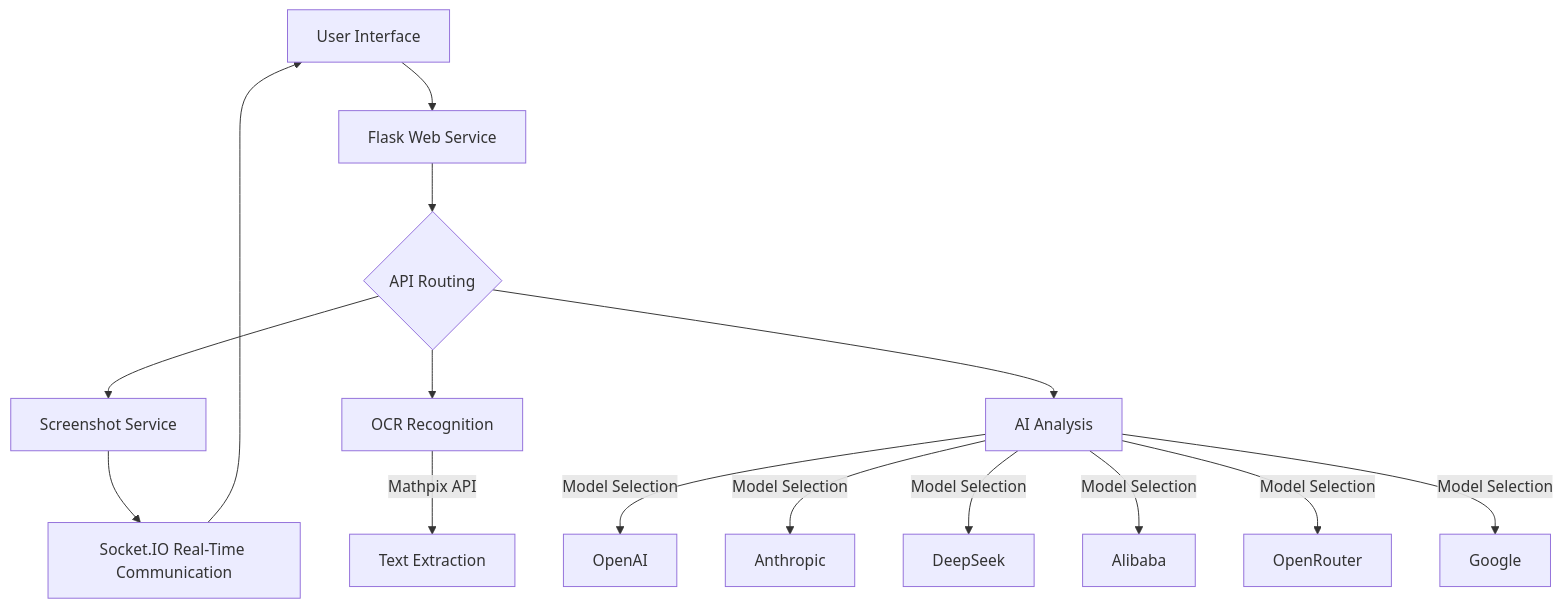
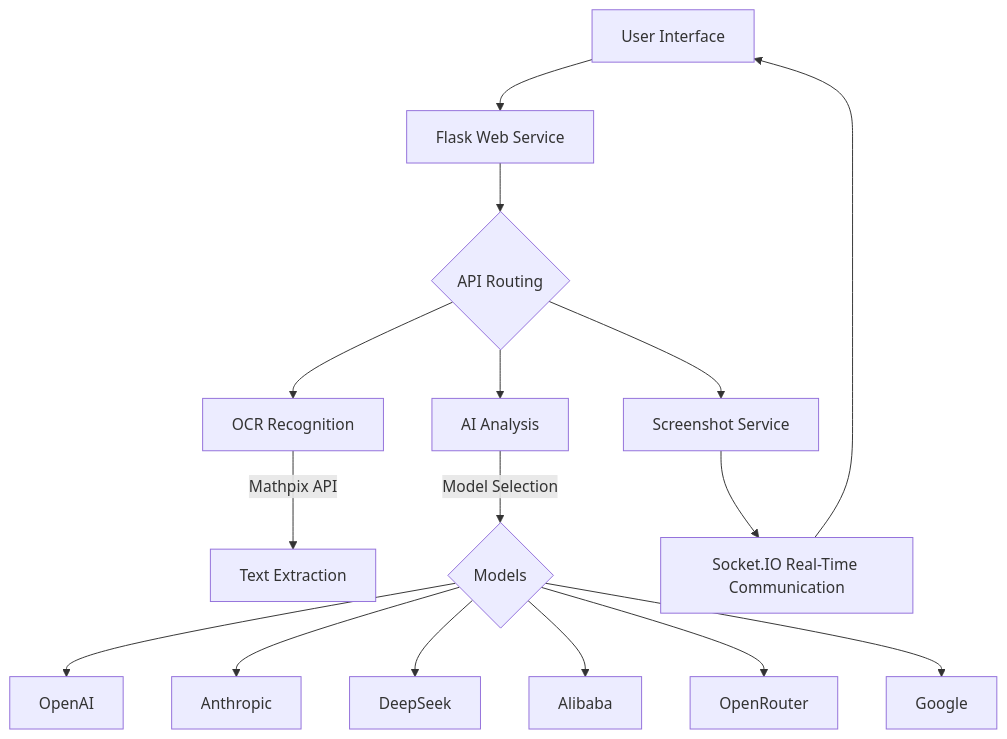
One commit to Zippland/Snap-Solver changed the diagram in README.md. Above: the diagram before and after it, drawn with Mermaid. The commit also changed other lines of this file and 2 other files, not shown here.

Commit message:
detail changes

````diff
--- a/README.md
+++ b/README.md
@@ -59,17 +59,18 @@
 ```mermaid
 graph TD
     A[User Interface] --> B[Flask Web Service]
     B --> C{API Routing}
     C --> D[Screenshot Service]
     C --> E[OCR Recognition]
     C --> F[AI Analysis]
     E --> |Mathpix API| G[Text Extraction]
-    F --> |Model Selection| H1[OpenAI]
-    F --> |Model Selection| H2[Anthropic]
-    F --> |Model Selection| H3[DeepSeek]
-    F --> |Model Selection| H4[Alibaba]
-    F --> |Model Selection| H5[OpenRouter]
-    F --> |Model Selection| H6[Google]
+    F --> |Model Selection| H{Models}
+    H --> H1[OpenAI]
+    H --> H2[Anthropic]
+    H --> H3[DeepSeek]
+    H --> H4[Alibaba]
+    H --> H5[OpenRouter]
+    H --> H6[Google]
     D --> I[Socket.IO Real-Time Communication]
     I --> A
 ```
````
